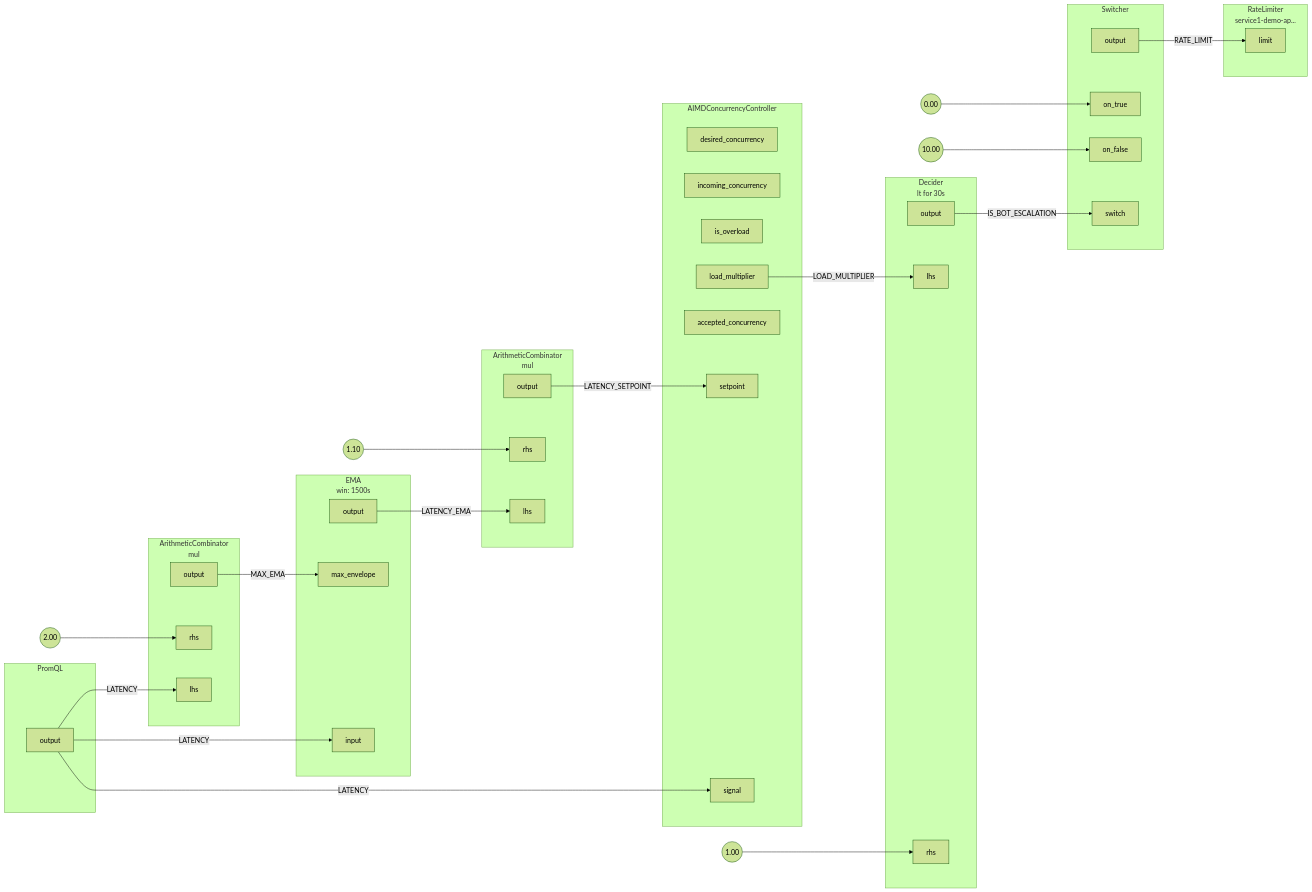
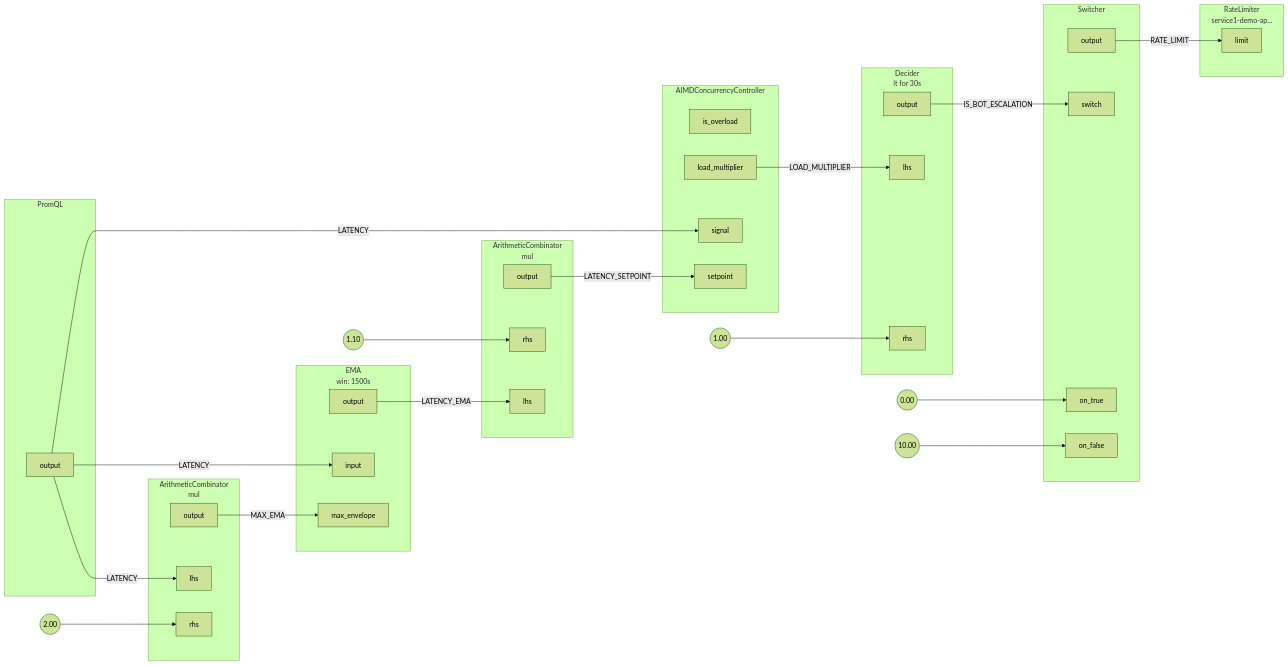
The diagram in docs/content/tutorials/integrations/flow-control/rate-limiting/assets/dynamic-rate-limiting/dynamic-rate-limiting.mmd (dataongunlaws/aperture), drawn with Mermaid (forest theme) before and after one commit. The commit also changed 28 other files, not shown here.

```diff
--- a/docs/content/tutorials/integrations/flow-control/rate-limiting/assets/dynamic-rate-limiting/dynamic-rate-limiting.mmd
+++ b/docs/content/tutorials/integrations/flow-control/rate-limiting/assets/dynamic-rate-limiting/dynamic-rate-limiting.mmd
@@ -1,103 +1,100 @@
 flowchart LR
 subgraph root.0[PromQL]
 subgraph root.0_outports[ ]
 style root.0_outports fill:none,stroke:none
 root.0output[output]
 end
 end
 subgraph root.1[<center>ArithmeticCombinator<br/>mul</center>]
 subgraph root.1_inports[ ]
 style root.1_inports fill:none,stroke:none
+root.1lhs[lhs]
 root.1rhs[rhs]
-root.1lhs[lhs]
 end
 subgraph root.1_outports[ ]
 style root.1_outports fill:none,stroke:none
 root.1output[output]
 end
 end
 FakeConstant0((2.00))
 FakeConstant0 --> root.1rhs
 subgraph root.2[<center>ArithmeticCombinator<br/>mul</center>]
 subgraph root.2_inports[ ]
 style root.2_inports fill:none,stroke:none
+root.2lhs[lhs]
 root.2rhs[rhs]
-root.2lhs[lhs]
 end
 subgraph root.2_outports[ ]
 style root.2_outports fill:none,stroke:none
 root.2output[output]
 end
 end
 FakeConstant1((1.10))
 FakeConstant1 --> root.2rhs
 subgraph root.3[<center>EMA<br/>win: 1500s</center>]
 subgraph root.3_inports[ ]
 style root.3_inports fill:none,stroke:none
+root.3input[input]
 root.3max_envelope[max_envelope]
-root.3input[input]
 end
 subgraph root.3_outports[ ]
 style root.3_outports fill:none,stroke:none
 root.3output[output]
 end
 end
 subgraph root.4[AIMDConcurrencyController]
 subgraph root.4_inports[ ]
 style root.4_inports fill:none,stroke:none
 root.4setpoint[setpoint]
 root.4signal[signal]
 end
 subgraph root.4_outports[ ]
 style root.4_outports fill:none,stroke:none
-root.4desired_concurrency[desired_concurrency]
-root.4incoming_concurrency[incoming_concurrency]
 root.4is_overload[is_overload]
 root.4load_multiplier[load_multiplier]
-root.4accepted_concurrency[accepted_concurrency]
 end
 end
 subgraph root.5[<center>Decider<br/>lt for 30s</center>]
 subgraph root.5_inports[ ]
 style root.5_inports fill:none,stroke:none
 root.5lhs[lhs]
 root.5rhs[rhs]
 end
 subgraph root.5_outports[ ]
 style root.5_outports fill:none,stroke:none
 root.5output[output]
 end
 end
 FakeConstant2((1.00))
 FakeConstant2 --> root.5rhs
 subgraph root.6[Switcher]
 subgraph root.6_inports[ ]
 style root.6_inports fill:none,stroke:none
 root.6on_true[on_true]
 root.6on_false[on_false]
 root.6switch[switch]
 end
 subgraph root.6_outports[ ]
 style root.6_outports fill:none,stroke:none
 root.6output[output]
 end
 end
 FakeConstant3((0.00))
 FakeConstant3 --> root.6on_true
 FakeConstant4((10.00))
 FakeConstant4 --> root.6on_false
 subgraph root.7[<center>RateLimiter<br/>service1-demo-ap...</center>]
 subgraph root.7_inports[ ]
 style root.7_inports fill:none,stroke:none
 root.7limit[limit]
 end
 end
 root.4load_multiplier --> |LOAD_MULTIPLIER| root.5lhs
+root.5output --> |IS_BOT_ESCALATION| root.6switch
 root.6output --> |RATE_LIMIT| root.7limit
 root.0output --> |LATENCY| root.1lhs
 root.0output --> |LATENCY| root.3input
 root.0output --> |LATENCY| root.4signal
+root.1output --> |MAX_EMA| root.3max_envelope
 root.2output --> |LATENCY_SETPOINT| root.4setpoint
 root.3output --> |LATENCY_EMA| root.2lhs
-root.5output --> |IS_BOT_ESCALATION| root.6switch
-root.1output --> |MAX_EMA| root.3max_envelope
```
